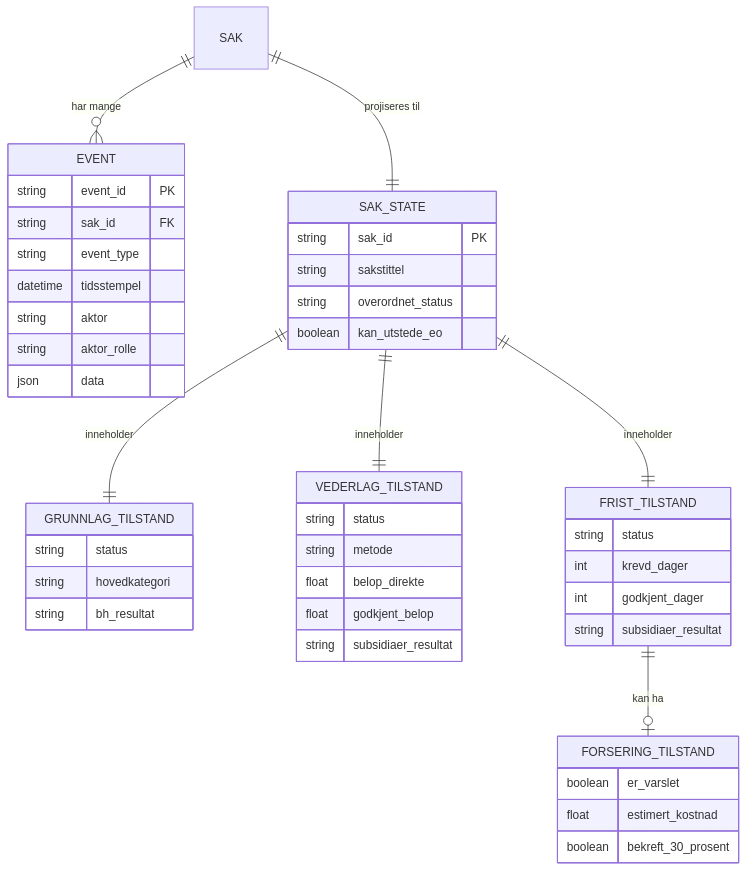
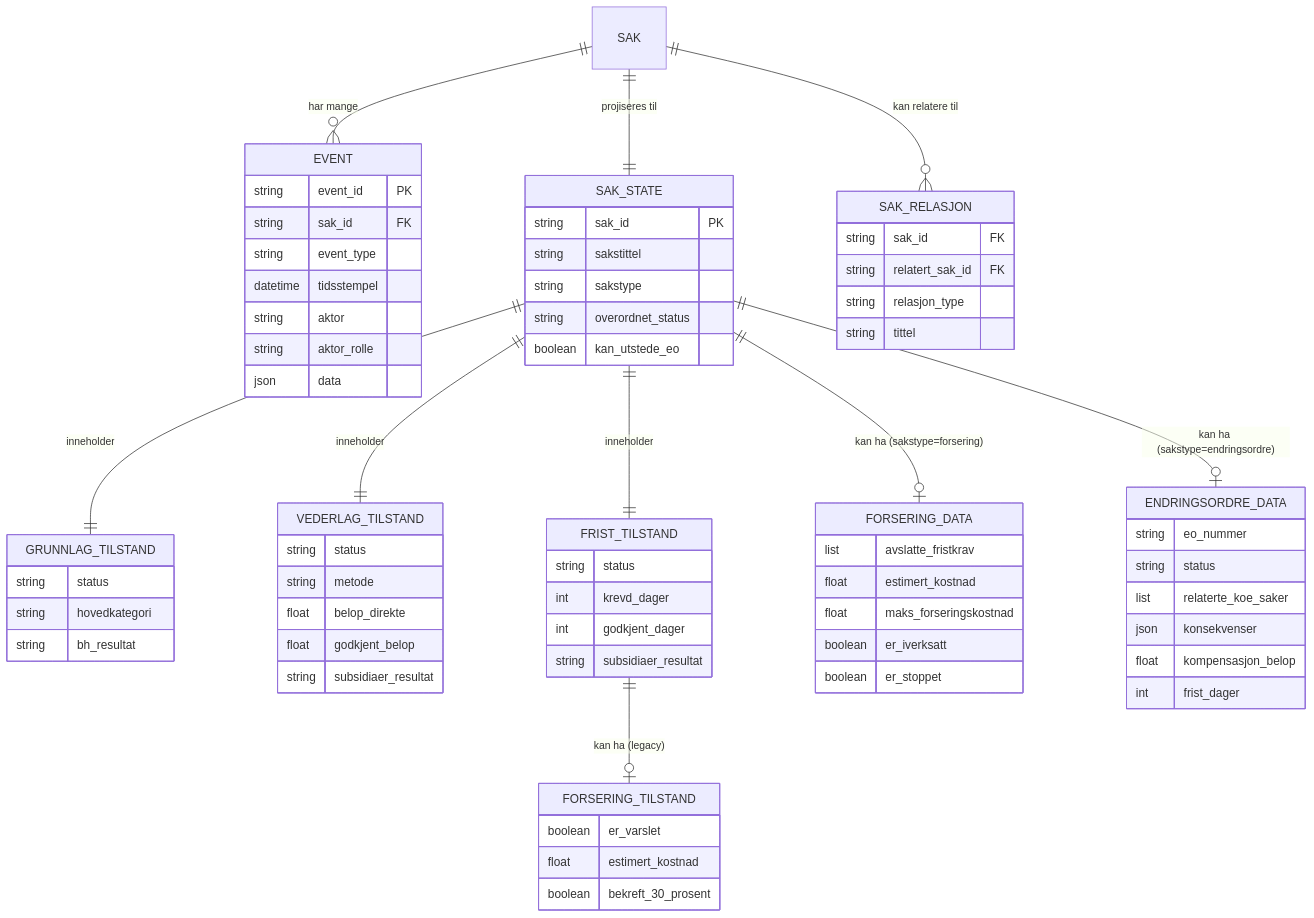
One commit to khjohns/unified-timeline changed the first of 4 diagrams in docs/ARCHITECTURE_AND_DATAMODEL.md. Above: the diagram before and after it, drawn with Mermaid. The commit also changed other lines of this file, not shown here.

First line of the commit message:
docs: oppdater arkitekturdok med forsering og endringsordre

````diff
--- a/docs/ARCHITECTURE_AND_DATAMODEL.md
+++ b/docs/ARCHITECTURE_AND_DATAMODEL.md
@@ -305,12 +311,15 @@
 erDiagram
     SAK ||--o{ EVENT : "har mange"
     SAK ||--|| SAK_STATE : "projiseres til"
+    SAK ||--o{ SAK_RELASJON : "kan relatere til"
 
     SAK_STATE ||--|| GRUNNLAG_TILSTAND : "inneholder"
     SAK_STATE ||--|| VEDERLAG_TILSTAND : "inneholder"
     SAK_STATE ||--|| FRIST_TILSTAND : "inneholder"
+    SAK_STATE ||--o| FORSERING_DATA : "kan ha (sakstype=forsering)"
+    SAK_STATE ||--o| ENDRINGSORDRE_DATA : "kan ha (sakstype=endringsordre)"
 
-    FRIST_TILSTAND ||--o| FORSERING_TILSTAND : "kan ha"
+    FRIST_TILSTAND ||--o| FORSERING_TILSTAND : "kan ha (legacy)"
 
     EVENT {
         string event_id PK
@@ -325,8 +334,16 @@
     SAK_STATE {
         string sak_id PK
         string sakstittel
+        string sakstype
         string overordnet_status
         boolean kan_utstede_eo
+    }
+
+    SAK_RELASJON {
+        string sak_id FK
+        string relatert_sak_id FK
+        string relasjon_type
+        string tittel
     }
 
     GRUNNLAG_TILSTAND {
@@ -355,4 +372,21 @@
         float estimert_kostnad
         boolean bekreft_30_prosent
     }
+
+    FORSERING_DATA {
+        list avslatte_fristkrav
+        float estimert_kostnad
+        float maks_forseringskostnad
+        boolean er_iverksatt
+        boolean er_stoppet
+    }
+
+    ENDRINGSORDRE_DATA {
+        string eo_nummer
+        string status
+        list relaterte_koe_saker
+        json konsekvenser
+        float kompensasjon_belop
+        int frist_dager
+    }
 ```
````
